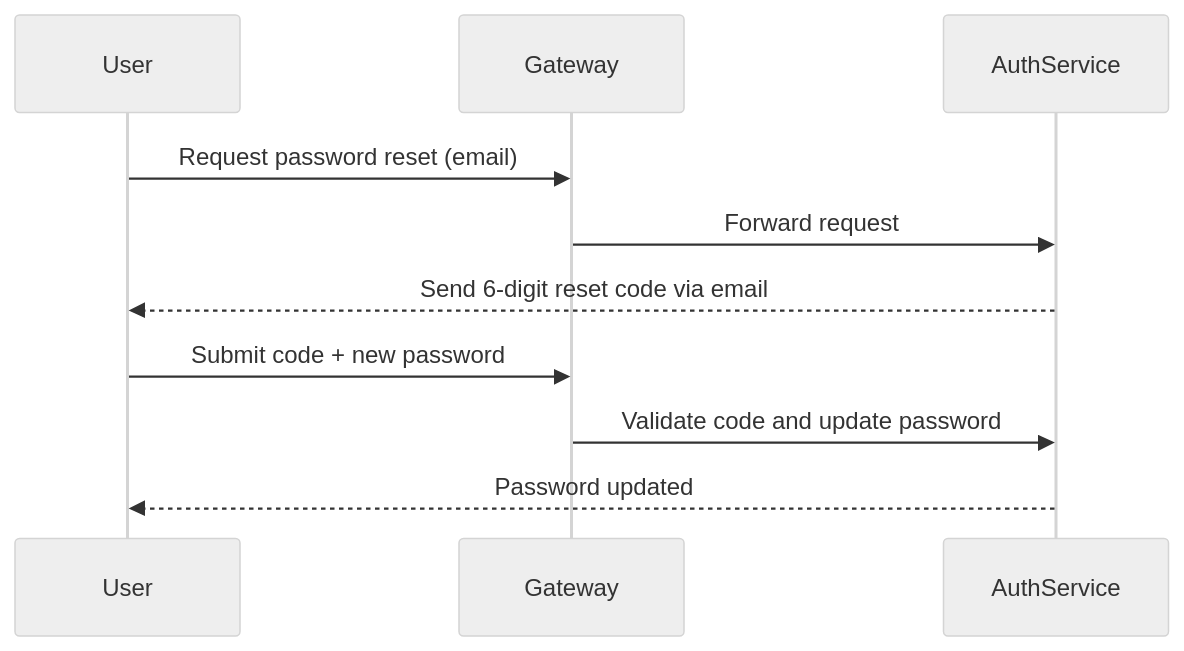
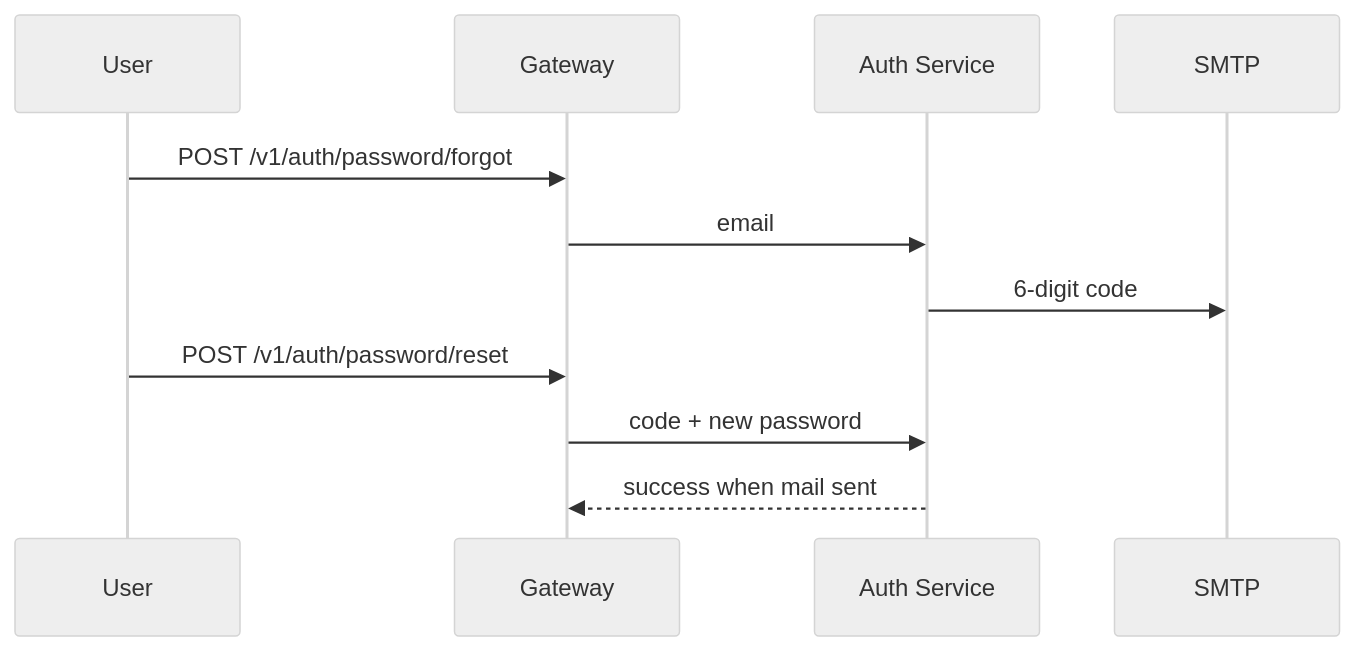
The seventh of 8 diagrams in README.md (pargevk1996-a11y/backend-platform), drawn with Mermaid (neutral theme) before and after one commit. The commit also changed other lines of this file, not shown here.

First line of the commit message:
Deploy/smtp ec2 mail delivery (#80)

````diff
--- a/README.md
+++ b/README.md
@@ -135,14 +176,13 @@
 ```mermaid
 sequenceDiagram
-    participant User
-    participant Gateway
-    participant AuthService
-
-    User->>Gateway: Request password reset (email)
-    Gateway->>AuthService: Forward request
-    AuthService-->>User: Send 6-digit reset code via email
-
-    User->>Gateway: Submit code + new password
-    Gateway->>AuthService: Validate code and update password
-    AuthService-->>User: Password updated
+  participant U as User
+  participant G as Gateway
+  participant A as Auth Service
+  participant S as SMTP
+  U->>G: POST /v1/auth/password/forgot
+  G->>A: email
+  A->>S: 6-digit code
+  U->>G: POST /v1/auth/password/reset
+  G->>A: code + new password
+  A-->>G: success when mail sent
 ```
````
